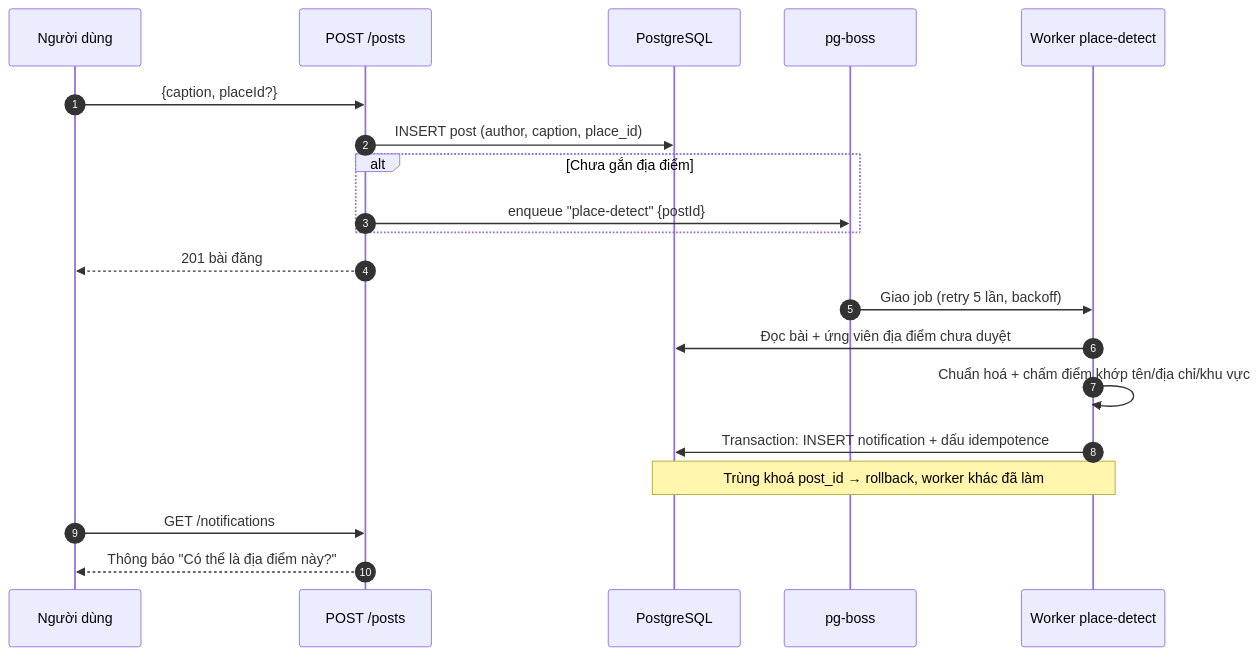
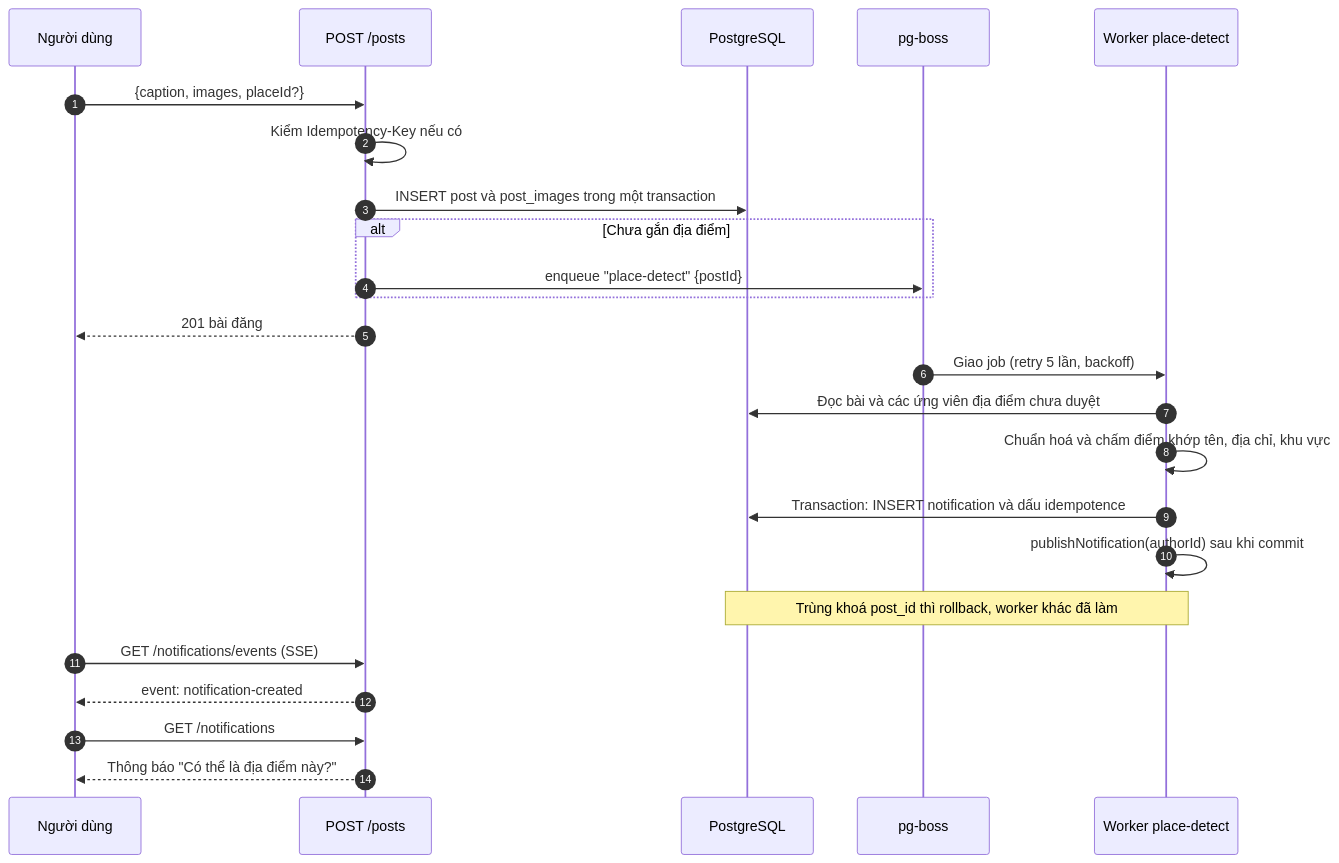
The ninth of 14 diagrams in docs/bao-cao/BAO-CAO-DO-AN.md (longqt321/Rendez-PBL6), drawn with Mermaid before and after one commit. The commit also changed other lines of this file, not shown here.

````diff
--- a/docs/bao-cao/BAO-CAO-DO-AN.md
+++ b/docs/bao-cao/BAO-CAO-DO-AN.md
@@ -528,23 +581,27 @@
 ```mermaid
 sequenceDiagram
   autonumber
   participant U as Người dùng
   participant API as POST /posts
   participant DB as PostgreSQL
   participant Q as pg-boss
   participant W as Worker place-detect
 
-  U->>API: {caption, placeId?}
-  API->>DB: INSERT post (author, caption, place_id)
+  U->>API: {caption, images, placeId?}
+  API->>API: Kiểm Idempotency-Key nếu có
+  API->>DB: INSERT post và post_images trong một transaction
   alt Chưa gắn địa điểm
     API->>Q: enqueue "place-detect" {postId}
   end
   API-->>U: 201 bài đăng
   Q->>W: Giao job (retry 5 lần, backoff)
-  W->>DB: Đọc bài + ứng viên địa điểm chưa duyệt
-  W->>W: Chuẩn hoá + chấm điểm khớp tên/địa chỉ/khu vực
-  W->>DB: Transaction: INSERT notification + dấu idempotence
-  Note over W,DB: Trùng khoá post_id → rollback, worker khác đã làm
+  W->>DB: Đọc bài và các ứng viên địa điểm chưa duyệt
+  W->>W: Chuẩn hoá và chấm điểm khớp tên, địa chỉ, khu vực
+  W->>DB: Transaction: INSERT notification và dấu idempotence
+  W->>W: publishNotification(authorId) sau khi commit
+  Note over W,DB: Trùng khoá post_id thì rollback, worker khác đã làm
+  U->>API: GET /notifications/events (SSE)
+  API-->>U: event: notification-created
   U->>API: GET /notifications
   API-->>U: Thông báo "Có thể là địa điểm này?"
 ```
````
